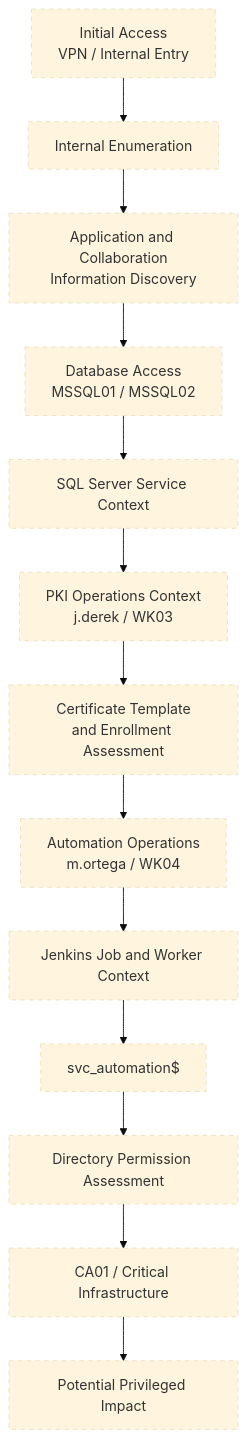
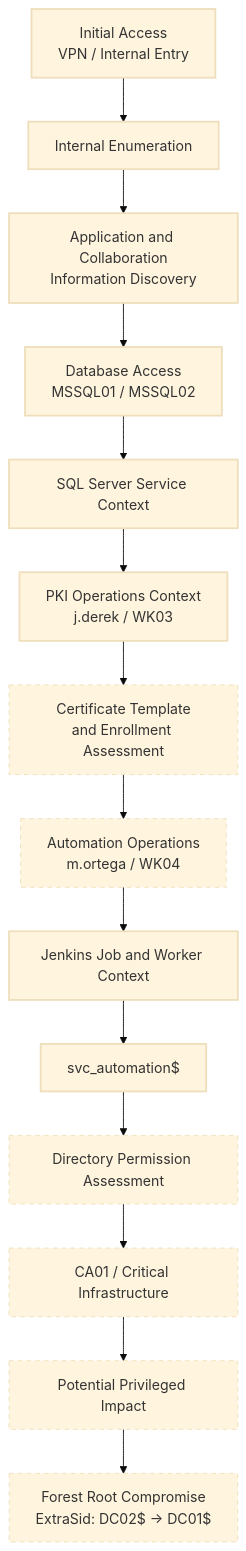
The fifth of 5 diagrams in docs/01-architecture/architecture-diagrams.md (Analogm4n/Apexfiend), drawn with Mermaid (base theme) before and after one commit. The commit also changed other lines of this file, not shown here.

Commit message:
Update architecture diagrams with Apexfiend branding

````diff
--- a/docs/01-architecture/architecture-diagrams.md
+++ b/docs/01-architecture/architecture-diagrams.md
@@ -232,32 +232,36 @@
 ```mermaid
 flowchart TD
     ENTRY["Initial Access<br/>VPN / Internal Entry"]
     ENUM["Internal Enumeration"]
     APPS["Application and Collaboration<br/>Information Discovery"]
     DB["Database Access<br/>MSSQL01 / MSSQL02"]
     SQLCTX["SQL Server Service Context"]
     PKIUSER["PKI Operations Context<br/>j.derek / WK03"]
     ADCS["Certificate Template<br/>and Enrollment Assessment"]
     OPS["Automation Operations<br/>m.ortega / WK04"]
     JENKINS["Jenkins Job and Worker Context"]
     GMSA["svc_automation$"]
     DIRECTORY["Directory Permission Assessment"]
     CA01["CA01 / Critical Infrastructure"]
     IMPACT["Potential Privileged Impact"]
+    FOREST["Forest Root Compromise<br/>ExtraSid: DC02$ → DC01$"]
 
     ENTRY --> ENUM
     ENUM --> APPS
     APPS --> DB
     DB --> SQLCTX
     SQLCTX --> PKIUSER
     PKIUSER --> ADCS
     ADCS --> OPS
     OPS --> JENKINS
     JENKINS --> GMSA
     GMSA --> DIRECTORY
     DIRECTORY --> CA01
     CA01 --> IMPACT
+    IMPACT --> FOREST
 
     classDef unverified stroke-dasharray: 5 5
-    class ENTRY,ENUM,APPS,DB,SQLCTX,PKIUSER,ADCS,OPS,JENKINS,GMSA,DIRECTORY,CA01,IMPACT unverified
+    classDef validated stroke-width: 2px
+    class ADCS,OPS,DIRECTORY,CA01,IMPACT,FOREST unverified
+    class ENTRY,ENUM,APPS,DB,SQLCTX,PKIUSER,JENKINS,GMSA validated
 ```
````
